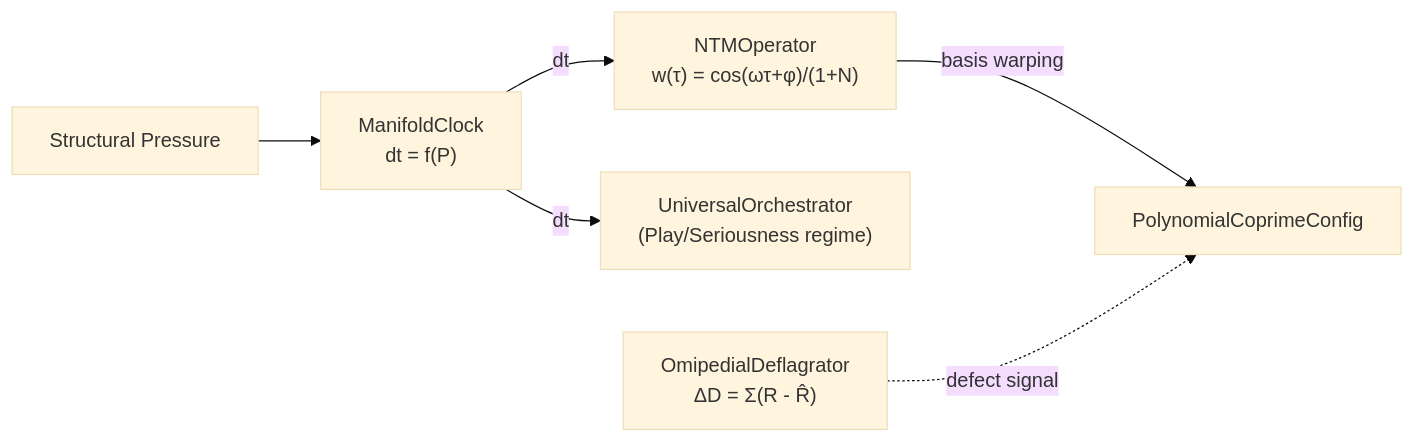
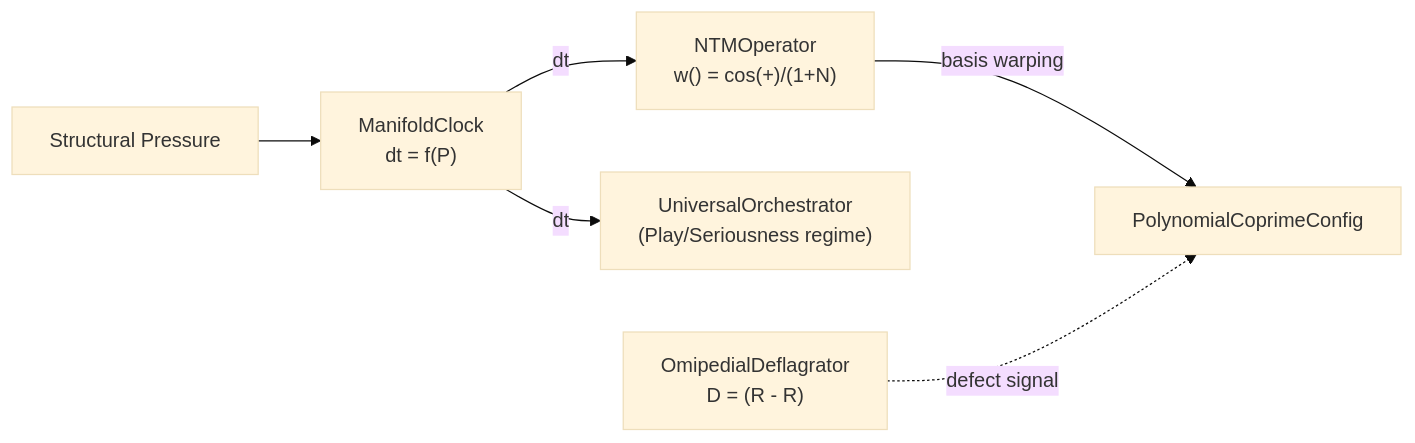
Before and after one commit to ZenoNex/Gyroidic-Sparse-Covariance-Flux-Reasoner: the diagram in docs/TEMPORAL_DYNAMICS.md, drawn with Mermaid (base theme). The commit also changed other lines of this file, not shown here.

````diff
--- a/docs/TEMPORAL_DYNAMICS.md
+++ b/docs/TEMPORAL_DYNAMICS.md
@@ -81,8 +81,8 @@
 ```mermaid
 graph LR
     P["Structural Pressure"] --> MC["ManifoldClock<br/>dt = f(P)"]
-    MC -->|dt| NTM["NTMOperator<br/>w(τ) = cos(ωτ+φ)/(1+N)"]
+    MC -->|dt| NTM["NTMOperator<br/>w() = cos(+)/(1+N)"]
     NTM -->|basis warping| POLY["PolynomialCoprimeConfig"]
     MC -->|dt| ORCH["UniversalOrchestrator<br/>(Play/Seriousness regime)"]
-    DEFLAG["OmipedialDeflagrator<br/>ΔD = Σ(R - R̂)"] -.->|defect signal| POLY
+    DEFLAG["OmipedialDeflagrator<br/>D = (R - R)"] -.->|defect signal| POLY
 ```
````
